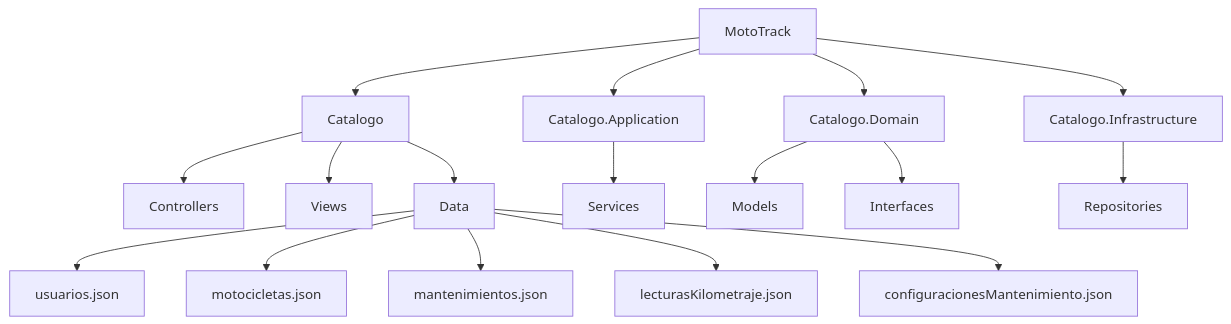
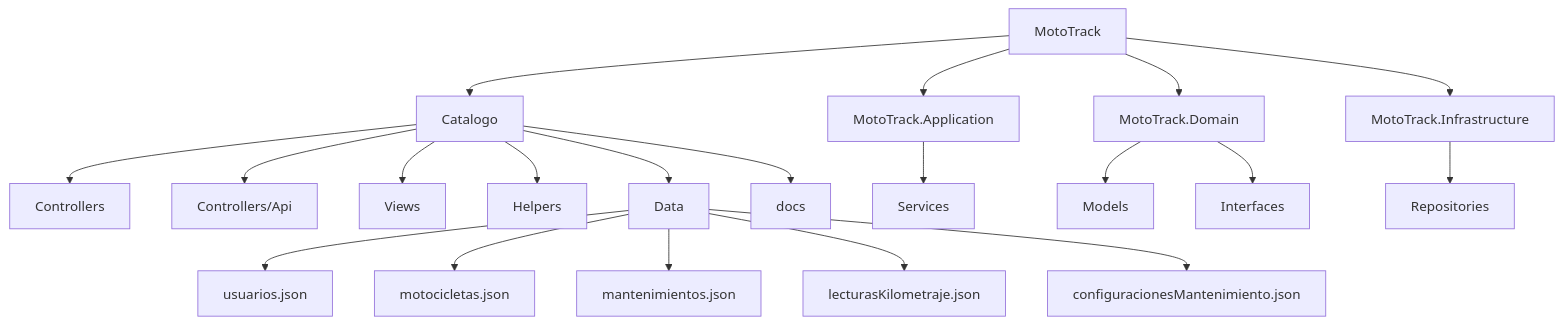
The diagram in docs/diagramas/vista-fisica.md (Dave2826/ArqSoft-S01-DavidMorales), drawn with Mermaid before and after one commit. The commit also changed other lines of this file and 4 other files, not shown here.

Commit message:
docs: correct ADR-02 views and synchronize diagrams with current architecture

````diff
--- a/docs/diagramas/vista-fisica.md
+++ b/docs/diagramas/vista-fisica.md
@@ -7,27 +7,30 @@
 ```mermaid
 flowchart TB
 
     A[MotoTrack]
 
     A --> B[Catalogo]
-    A --> C[Catalogo.Application]
-    A --> D[Catalogo.Domain]
-    A --> E[Catalogo.Infrastructure]
+    A --> C[MotoTrack.Application]
+    A --> D[MotoTrack.Domain]
+    A --> E[MotoTrack.Infrastructure]
 
     B --> F[Controllers]
+    B --> F1[Controllers/Api]
     B --> G[Views]
-    B --> H[Data]
+    B --> H[Helpers]
+    B --> I[Data]
+    B --> J[docs]
 
-    H --> J[usuarios.json]
-    H --> K[motocicletas.json]
-    H --> L[mantenimientos.json]
-    H --> M[lecturasKilometraje.json]
-    H --> N[configuracionesMantenimiento.json]
+    I --> J1[usuarios.json]
+    I --> J2[motocicletas.json]
+    I --> J3[mantenimientos.json]
+    I --> J4[lecturasKilometraje.json]
+    I --> J5[configuracionesMantenimiento.json]
 
-    C --> O[Services]
+    C --> K[Services]
 
-    D --> P[Models]
-    D --> Q[Interfaces]
+    D --> L[Models]
+    D --> M[Interfaces]
 
-    E --> R[Repositories]
+    E --> N[Repositories]
 ```
````
